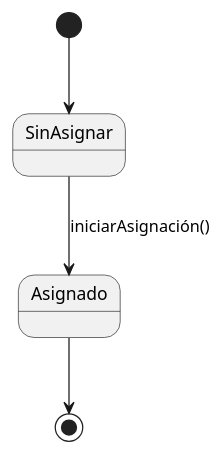
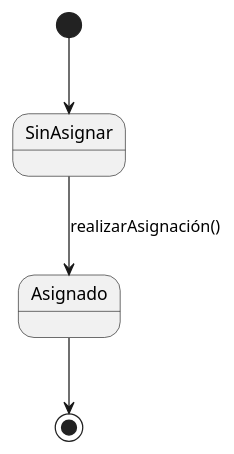
One commit to Alejandrojuarez0105/25-26-IdSw1-SdR changed the diagram in modelos/modelosUML/DiagramaDeEstadosDeUnExamen.puml. Above: the diagram before and after it, drawn with PlantUML. The commit also changed 1 other file, not shown here.

```diff
--- a/modelos/modelosUML/DiagramaDeEstadosDeUnExamen.puml
+++ b/modelos/modelosUML/DiagramaDeEstadosDeUnExamen.puml
@@ -1,9 +1,9 @@
 @startuml
 
 [*] --> SinAsignar
 
-SinAsignar --> Asignado : iniciarAsignación()
+SinAsignar --> Asignado : realizarAsignación()
 
 Asignado --> [*]
 
 @enduml
```
